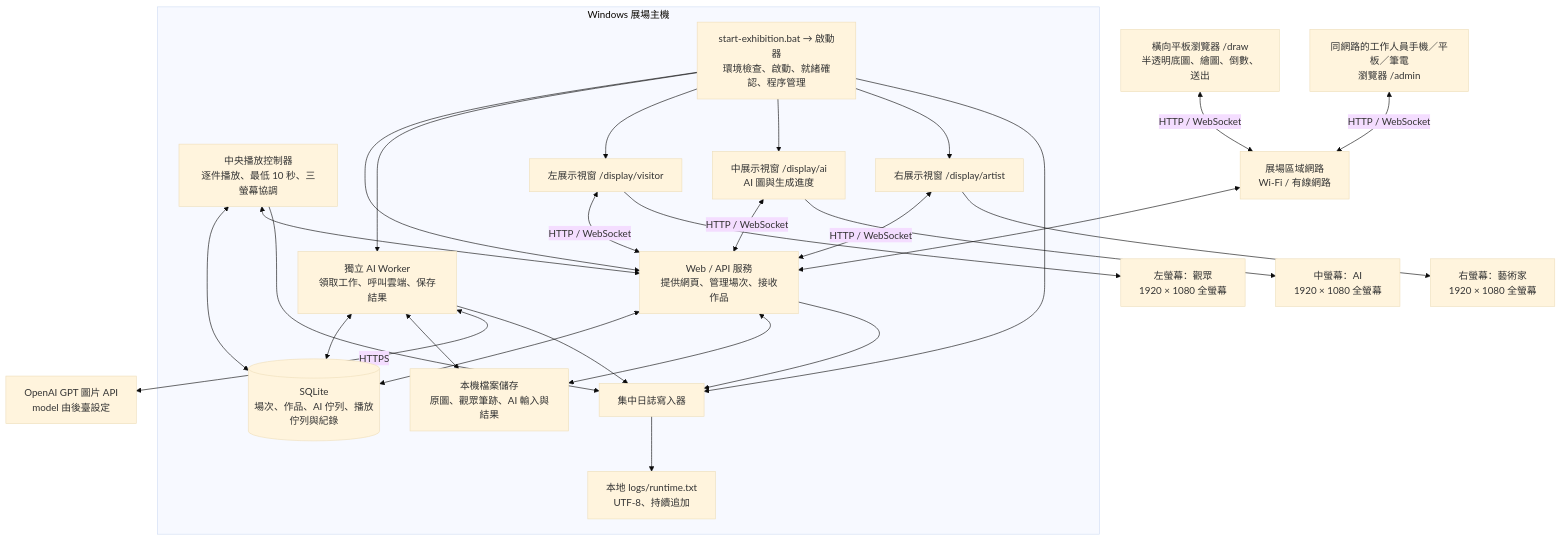
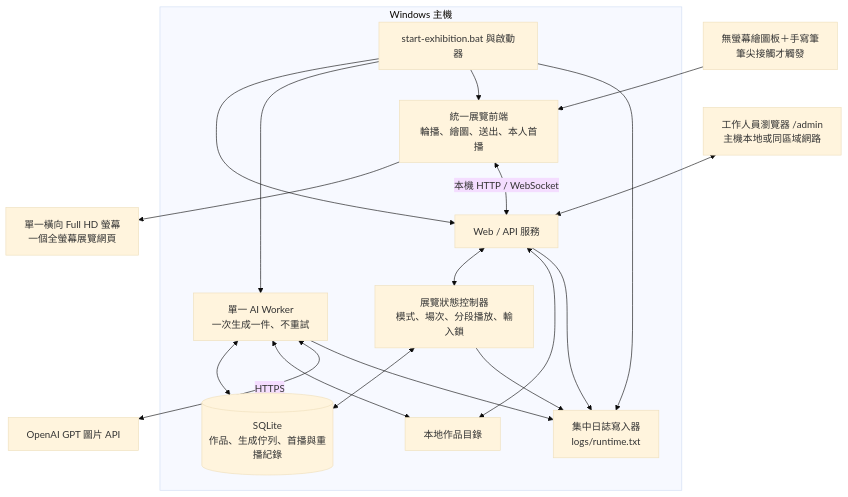
The first of 2 diagrams in docs/system-architecture.md (UsagiHime5566/AP_DrawArt), drawn with Mermaid (base theme) before and after one commit. The commit also changed other lines of this file and 8 other files, not shown here.

````diff
--- a/docs/system-architecture.md
+++ b/docs/system-architecture.md
@@ -59,52 +33,36 @@
 ```mermaid
 flowchart TB
-    Tablet["橫向平板瀏覽器 /draw<br/>半透明底圖、繪圖、倒數、送出"]
-    Router["展場區域網路<br/>Wi-Fi / 有線網路"]
+    Pen["無螢幕繪圖板＋手寫筆<br/>筆尖接觸才觸發"]
+    Screen["單一橫向 Full HD 螢幕<br/>一個全螢幕展覽網頁"]
+    Admin["工作人員瀏覽器 /admin<br/>主機本地或同區域網路"]
+    Cloud["OpenAI GPT 圖片 API"]
 
-    subgraph Host["Windows 展場主機"]
-        Launcher["start-exhibition.bat → 啟動器<br/>環境檢查、啟動、就緒確認、程序管理"]
-        Web["Web / API 服務<br/>提供網頁、管理場次、接收作品"]
-        DB[("SQLite<br/>場次、作品、AI 佇列、播放佇列與紀錄")]
-        Files["本機檔案儲存<br/>原圖、觀眾筆跡、AI 輸入與結果"]
-        Worker["獨立 AI Worker<br/>領取工作、呼叫雲端、保存結果"]
-        Player["中央播放控制器<br/>逐件播放、最低 10 秒、三螢幕協調"]
-        Visitor["左展示視窗 /display/visitor"]
-        AI["中展示視窗 /display/ai<br/>AI 圖與生成進度"]
-        Artist["右展示視窗 /display/artist"]
-        LogSink["集中日誌寫入器"]
-        LogFile["本地 logs/runtime.txt<br/>UTF-8、持續追加"]
+    subgraph Host["Windows 主機"]
+        Launcher["start-exhibition.bat 與啟動器"]
+        UI["統一展覽前端<br/>輪播、繪圖、送出、本人首播"]
+        Web["Web / API 服務"]
+        Controller["展覽狀態控制器<br/>模式、場次、分段播放、輸入鎖"]
+        Worker["單一 AI Worker<br/>一次生成一件、不重試"]
+        DB[("SQLite<br/>作品、生成佇列、首播與重播紀錄")]
+        Files["本地作品目錄"]
+        Logs["集中日誌寫入器<br/>logs/runtime.txt"]
     end
 
-    Admin["同網路的工作人員手機／平板／筆電<br/>瀏覽器 /admin"]
-    Cloud["OpenAI GPT 圖片 API<br/>model 由後臺設定"]
-    Left["左螢幕：觀眾<br/>1920 × 1080 全螢幕"]
-    Center["中螢幕：AI<br/>1920 × 1080 全螢幕"]
-    Right["右螢幕：藝術家<br/>1920 × 1080 全螢幕"]
-
-    Tablet <-->|HTTP / WebSocket| Router
-    Router <--> Web
+    Pen --> UI
+    UI --> Screen
+    UI <-->|本機 HTTP / WebSocket| Web
+    Admin <--> Web
     Launcher --> Web
     Launcher --> Worker
-    Launcher --> Visitor
-    Launcher --> AI
-    Launcher --> Artist
-    Launcher --> LogSink
-    Web <--> DB
+    Launcher --> UI
+    Launcher --> Logs
+    Web <--> Controller
+    Controller <--> DB
     Web <--> Files
     Worker <--> DB
     Worker <--> Files
     Worker <-->|HTTPS| Cloud
-    Player <--> DB
-    Player <--> Web
-    Visitor <-->|HTTP / WebSocket| Web
-    AI <-->|HTTP / WebSocket| Web
-    Artist <-->|HTTP / WebSocket| Web
-    Admin <-->|HTTP / WebSocket| Router
-    Web --> LogSink
-    Worker --> LogSink
-    Player --> LogSink
-    LogSink --> LogFile
-    Visitor --> Left
-    AI --> Center
-    Artist --> Right
+    Web --> Logs
+    Worker --> Logs
+    Controller --> Logs
 ```
````
